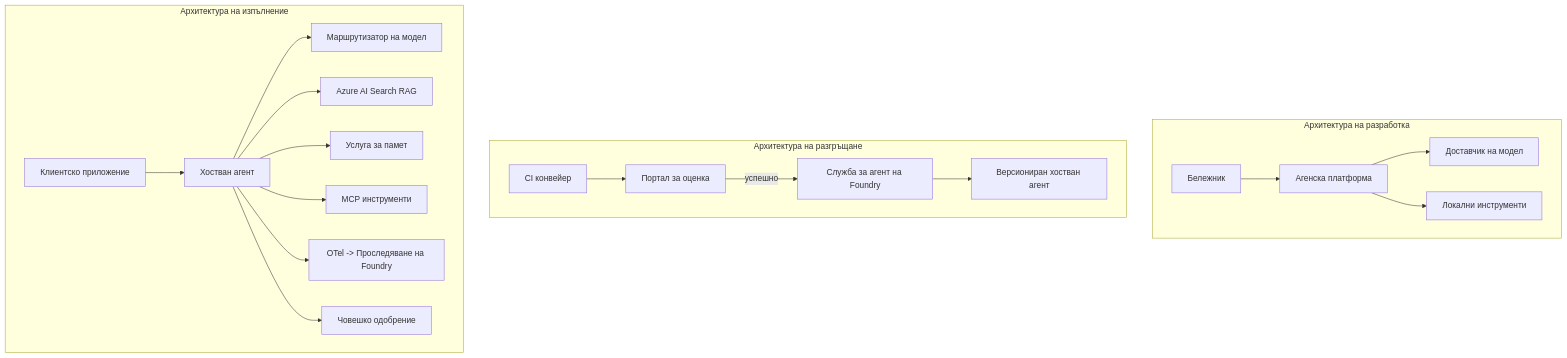
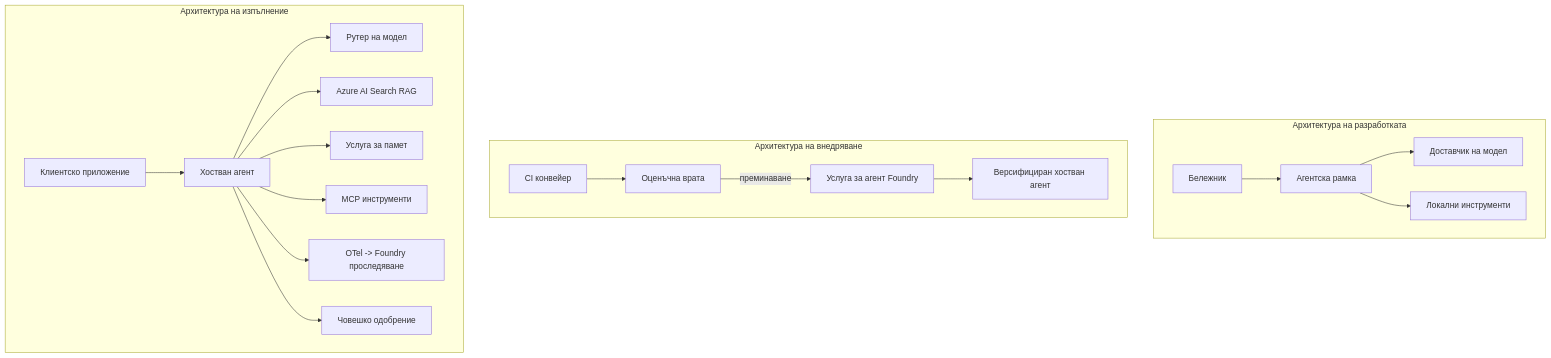
The fourth of 4 diagrams in translations/bg/16-deploying-scalable-agents/README.md (microsoft/ai-agents-for-beginners), drawn with Mermaid before and after one commit. The commit also changed other lines of this file and 46 other files, not shown here.

````diff
--- a/translations/bg/16-deploying-scalable-agents/README.md
+++ b/translations/bg/16-deploying-scalable-agents/README.md
@@ -185,22 +185,22 @@
 ```mermaid
 flowchart TB
-    subgraph Dev[Архитектура на разработка]
-        D1[Бележник] --> D2[Агенска платформа]
+    subgraph Dev[Архитектура на разработката]
+        D1[Бележник] --> D2[Агентска рамка]
         D2 --> D3[Доставчик на модел]
         D2 --> D4[Локални инструменти]
     end
-    subgraph Deploy[Архитектура на разгръщане]
-        E1[CI конвейер] --> E2[Портал за оценка]
-        E2 -->|успешно| E3[Служба за агент на Foundry]
-        E3 --> E4[Версиониран хостван агент]
+    subgraph Deploy[Архитектура на внедряване]
+        E1[CI конвейер] --> E2[Оценъчна врата]
+        E2 -->|преминаване| E3[Услуга за агент Foundry]
+        E3 --> E4[Версифициран хостван агент]
     end
     subgraph Run[Архитектура на изпълнение]
         F1[Клиентско приложение] --> F2[Хостван агент]
-        F2 --> F3[Маршрутизатор на модел]
+        F2 --> F3[Рутер на модел]
         F2 --> F4[Azure AI Search RAG]
         F2 --> F5[Услуга за памет]
         F2 --> F6[MCP инструменти]
-        F2 --> F7[OTel -> Проследяване на Foundry]
+        F2 --> F7[OTel -> Foundry проследяване]
         F2 --> F8[Човешко одобрение]
     end
 ```
````
